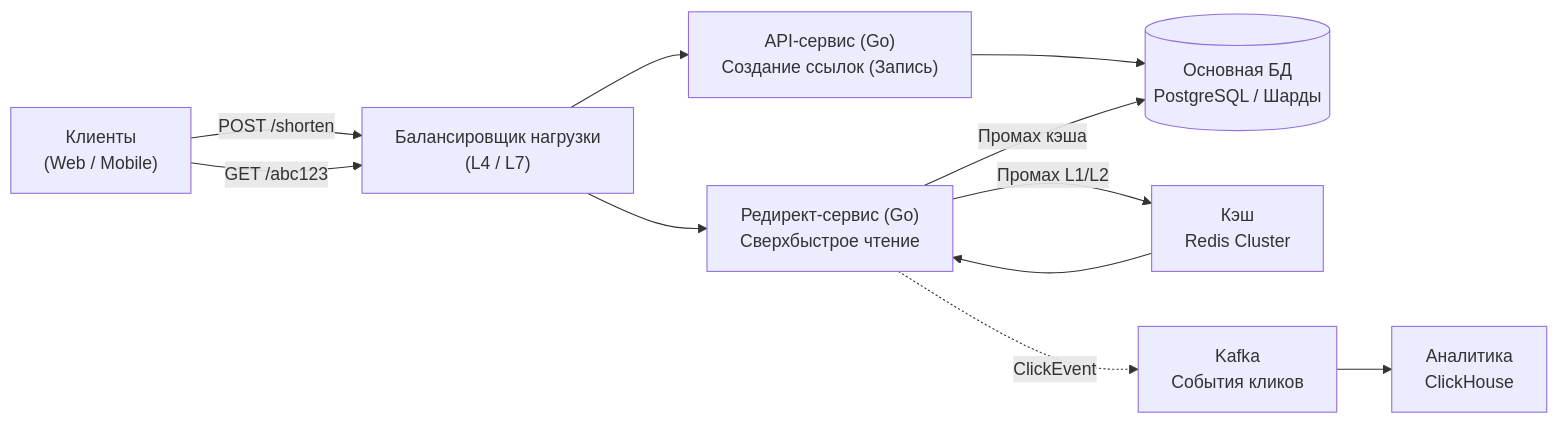
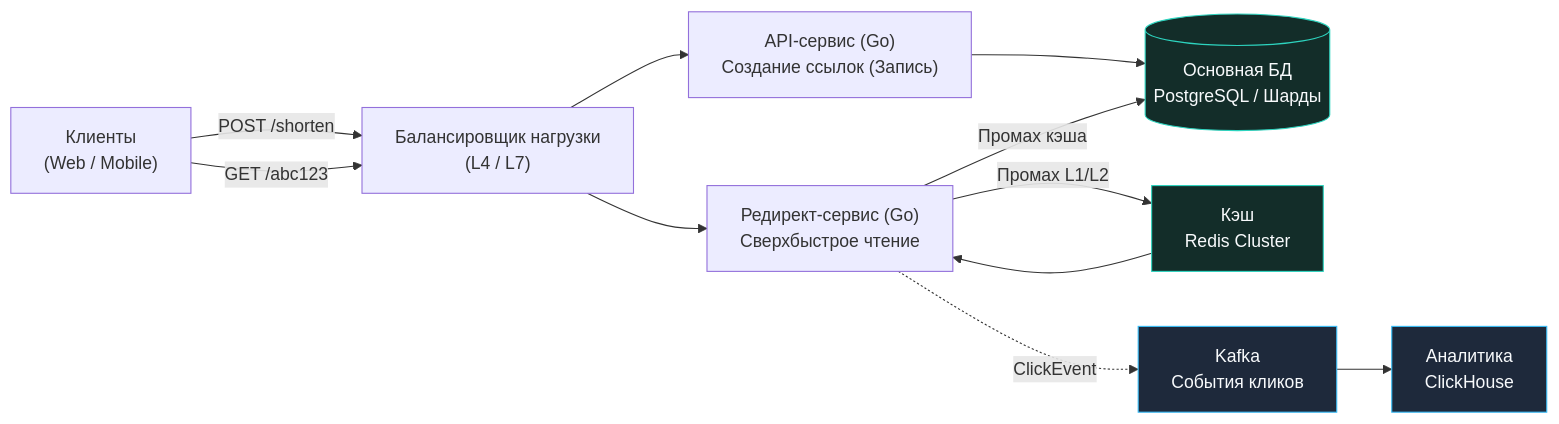
One commit to UnrealTemplier/go-textbook changed the first of 10 diagrams in sources/11. Архитектура и System Design/52. Разбор типичных System Design задач.md. Above: the diagram before and after it, drawn with Mermaid. The commit also changed other lines of this file and 1666 other files, not shown here.

First line of the commit message:
feat(mermaid): add semantic color classDef to 1369 colorless flowchart/graph diagrams

````diff
--- a/sources/11. Архитектура и System Design/52. Разбор типичных System Design задач.md
+++ b/sources/11. Архитектура и System Design/52. Разбор типичных System Design задач.md
@@ -32,18 +32,28 @@
 ```mermaid
 flowchart LR
+    classDef process  fill:#1e293b,stroke:#38bdf8,stroke-width:1px,color:#f8fafc
+    classDef success  fill:#064e3b,stroke:#34d399,stroke-width:1px,color:#f8fafc
+    classDef error    fill:#7f1d1d,stroke:#f87171,stroke-width:1px,color:#f8fafc
+    classDef warning  fill:#78350f,stroke:#fbbf24,stroke-width:1px,color:#f8fafc
+    classDef entry    fill:#1e3a5f,stroke:#38bdf8,stroke-width:2px,color:#f8fafc
+    classDef aux      fill:#334155,stroke:#64748b,stroke-width:1px,color:#f8fafc
+    classDef system   fill:#312e81,stroke:#a78bfa,stroke-width:1px,color:#f8fafc
+    classDef data     fill:#132d29,stroke:#2dd4bf,stroke-width:1px,color:#f8fafc
+    classDef network  fill:#881337,stroke:#fb7185,stroke-width:1px,color:#f8fafc
+    classDef accent   fill:#1e1b4b,stroke:#818cf8,stroke-width:1px,color:#f8fafc
     Client["Клиенты<br>(Web / Mobile)"]
     LB["Балансировщик нагрузки<br>(L4 / L7)"]
     API["API-сервис (Go)<br>Создание ссылок (Запись)"]
     Redirect["Редирект-сервис (Go)<br>Сверхбыстрое чтение"]
-    DB[("Основная БД<br>PostgreSQL / Шарды")]
-    Cache["Кэш<br>Redis Cluster"]
-    Kafka["Kafka<br>События кликов"]
-    Analytics["Аналитика<br>ClickHouse"]
+    DB[("Основная БД<br>PostgreSQL / Шарды")]:::data
+    Cache["Кэш<br>Redis Cluster"]:::data
+    Kafka["Kafka<br>События кликов"]:::process
+    Analytics["Аналитика<br>ClickHouse"]:::process
 
     Client -->|"POST /shorten"| LB --> API --> DB
     Client -->|"GET /abc123"| LB --> Redirect
     Redirect -->|"Промах L1/L2"| Cache
     Redirect -->|"Промах кэша"| DB
     Cache --> Redirect
     Redirect -.->|"ClickEvent"| Kafka --> Analytics
 ```
````
